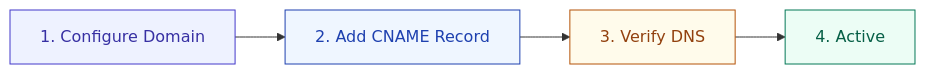
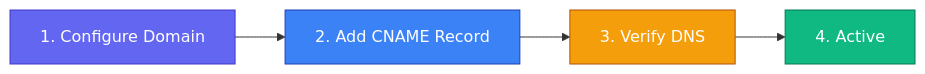
One commit to supercheck-io/supercheck changed the third of 3 diagrams in docs/content/docs/app/communicate/status-pages.mdx. Above: the diagram before and after it, drawn with Mermaid. The commit also changed other lines of this file and 17 other files, not shown here.

First line of the commit message:
docs: restore original colors, add AI SRE to architecture, reorganize + multi-color diagrams (#310)

````diff
--- a/docs/content/docs/app/communicate/status-pages.mdx
+++ b/docs/content/docs/app/communicate/status-pages.mdx
@@ -392,8 +392,8 @@
 ```mermaid
 flowchart LR
     A["1. Configure Domain"] --> B["2. Add CNAME Record"] --> C["3. Verify DNS"] --> D["4. Active"]
-    style A fill:#eef2ff,stroke:#4338ca,color:#3730a3
-    style B fill:#eff6ff,stroke:#1e40af,color:#1e40af
-    style C fill:#fffbeb,stroke:#b45309,color:#92400e
-    style D fill:#ecfdf5,stroke:#047857,color:#065f46
+    style A fill:#6366f1,stroke:#4338ca,color:#fff
+    style B fill:#3b82f6,stroke:#1e40af,color:#fff
+    style C fill:#f59e0b,stroke:#b45309,color:#fff
+    style D fill:#10b981,stroke:#047857,color:#fff
 ```
````
